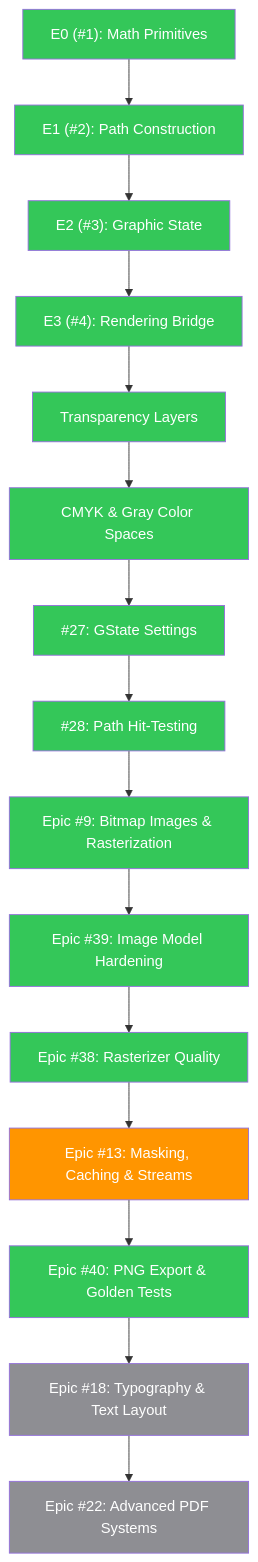
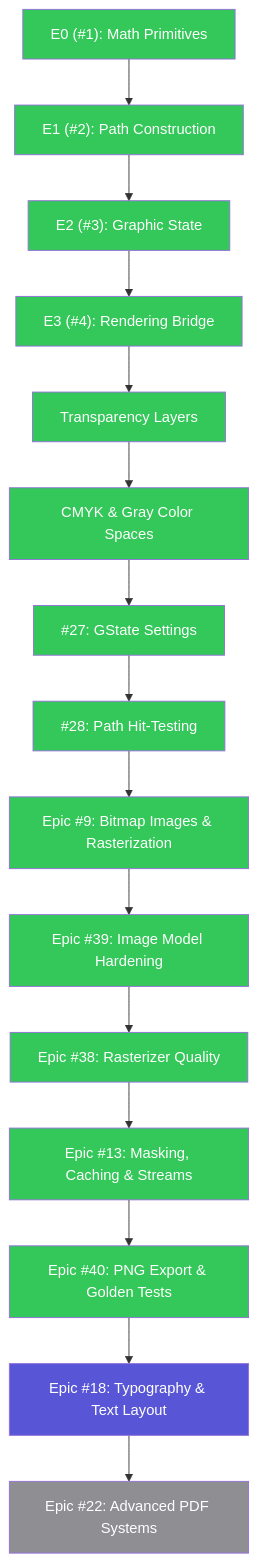
The first of 2 diagrams in docs/prioritized_roadmap.md (SlayerMotion/PureDraw), drawn with Mermaid before and after one commit. The commit also changed 1 other file, not shown here.

Commit message:
docs: mark epic 13 done in roadmap diagrams
Masking, caching, and streams are fully shipped; typography (Epic #18)
moves up as the next workstream.

````diff
--- a/docs/prioritized_roadmap.md
+++ b/docs/prioritized_roadmap.md
@@ -10,25 +10,25 @@
 ```mermaid
 flowchart TB
     classDef done    fill:#34C759,color:#FFFFFF
     classDef active  fill:#007AFF,color:#FFFFFF
     classDef review  fill:#30B0C7,color:#FFFFFF
     classDef next    fill:#5856D6,color:#FFFFFF
     classDef partial fill:#FF9500,color:#FFFFFF
     classDef todo    fill:#8E8E93,color:#FFFFFF
 
-    E0["E0 (#1): Math Primitives"]:::done --> E1["E1 (#2): Path Construction"]:::done --> E2["E2 (#3): Graphic State"]:::done --> E3["E3 (#4): Rendering Bridge"]:::done --> TL["Transparency Layers"]:::done --> CS["CMYK & Gray Color Spaces"]:::done --> P1_1["#27: GState Settings"]:::done --> P1_2["#28: Path Hit-Testing"]:::done --> Epic9["Epic #9: Bitmap Images & Rasterization"]:::done --> Epic39["Epic #39: Image Model Hardening"]:::done --> Epic38["Epic #38: Rasterizer Quality"]:::done --> Epic13["Epic #13: Masking, Caching & Streams"]:::partial --> Epic40["Epic #40: PNG Export & Golden Tests"]:::done --> Epic18["Epic #18: Typography & Text Layout"]:::todo --> Epic22["Epic #22: Advanced PDF Systems"]:::todo
+    E0["E0 (#1): Math Primitives"]:::done --> E1["E1 (#2): Path Construction"]:::done --> E2["E2 (#3): Graphic State"]:::done --> E3["E3 (#4): Rendering Bridge"]:::done --> TL["Transparency Layers"]:::done --> CS["CMYK & Gray Color Spaces"]:::done --> P1_1["#27: GState Settings"]:::done --> P1_2["#28: Path Hit-Testing"]:::done --> Epic9["Epic #9: Bitmap Images & Rasterization"]:::done --> Epic39["Epic #39: Image Model Hardening"]:::done --> Epic38["Epic #38: Rasterizer Quality"]:::done --> Epic13["Epic #13: Masking, Caching & Streams"]:::done --> Epic40["Epic #40: PNG Export & Golden Tests"]:::done --> Epic18["Epic #18: Typography & Text Layout"]:::next --> Epic22["Epic #22: Advanced PDF Systems"]:::todo
 
     click E0 href "https://github.com/mihaelamj/PureDraw/issues/1" "E0"
     click E1 href "https://github.com/mihaelamj/PureDraw/issues/2" "E1"
     click E2 href "https://github.com/mihaelamj/PureDraw/issues/3" "E2"
     click E3 href "https://github.com/mihaelamj/PureDraw/issues/4" "E3"
     click P1_1 href "https://github.com/mihaelamj/PureDraw/issues/27" "Issue #27"
     click P1_2 href "https://github.com/mihaelamj/PureDraw/issues/28" "Issue #28"
     click Epic9 href "https://github.com/mihaelamj/PureDraw/issues/9" "Epic #9"
     click Epic39 href "https://github.com/mihaelamj/PureDraw/issues/39" "Epic #39"
     click Epic38 href "https://github.com/mihaelamj/PureDraw/issues/38" "Epic #38"
     click Epic13 href "https://github.com/mihaelamj/PureDraw/issues/13" "Epic #13"
     click Epic40 href "https://github.com/mihaelamj/PureDraw/issues/40" "Epic #40"
     click Epic18 href "https://github.com/mihaelamj/PureDraw/issues/18" "Epic #18"
     click Epic22 href "https://github.com/mihaelamj/PureDraw/issues/22" "Epic #22"
 ```
````
